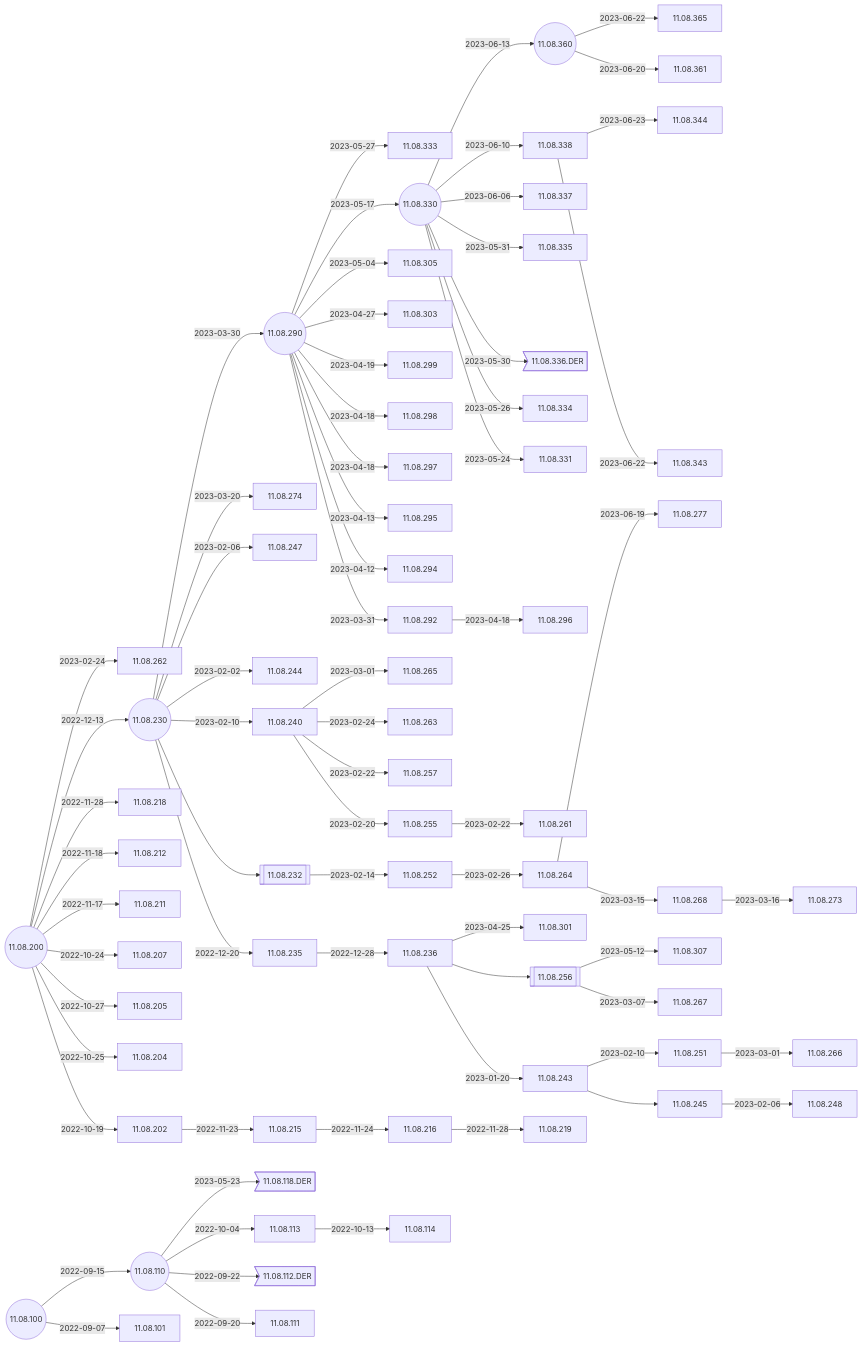
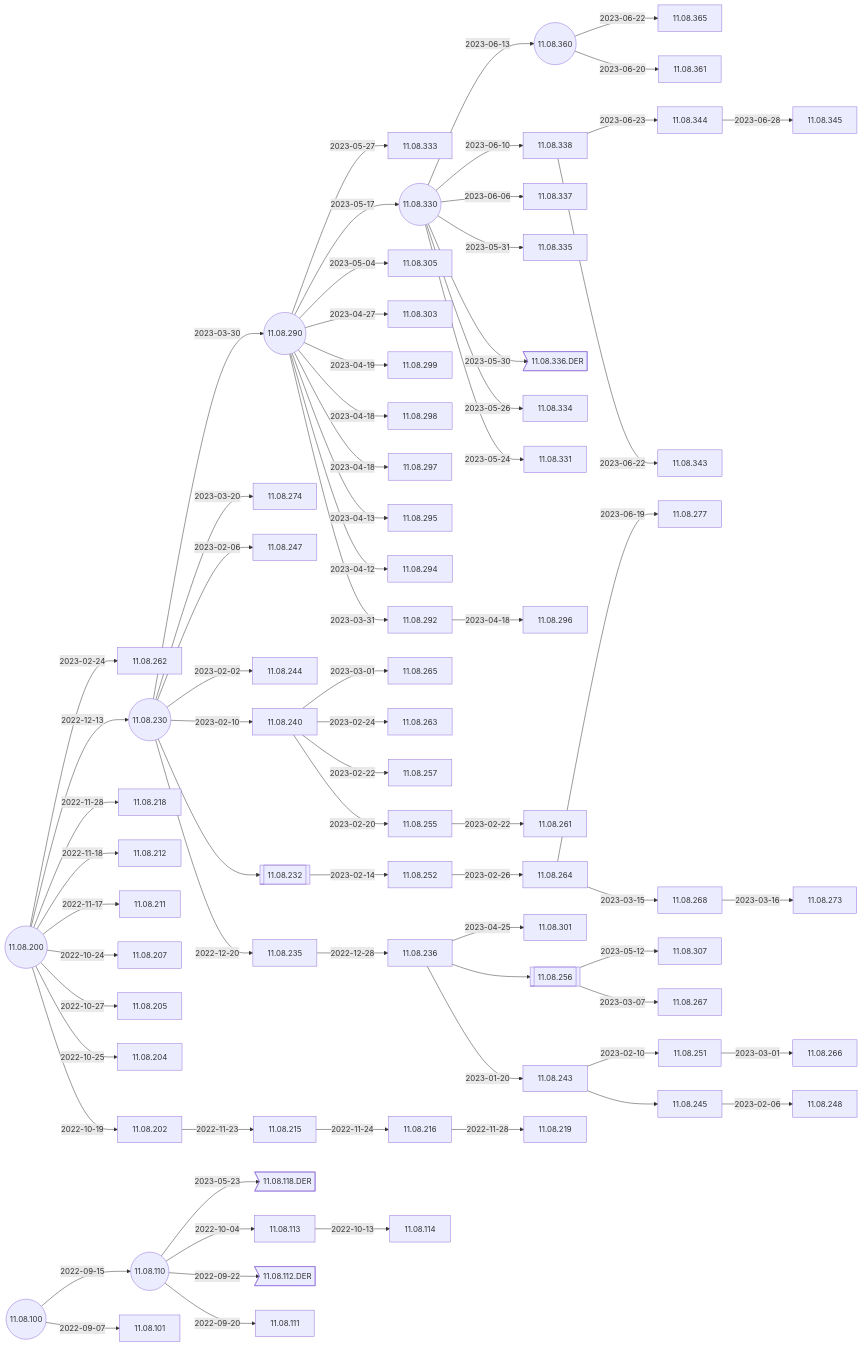
The second of 4 diagrams in docs/Docs/ReleaseNotes/01-OS11/README.md (IGEL-Community/IGEL-Docs-v02), drawn with Mermaid before and after one commit. The commit also changed 2 other files, not shown here.

Commit message:
11.08.345 < 11.08.344

````diff
--- a/docs/Docs/ReleaseNotes/01-OS11/README.md
+++ b/docs/Docs/ReleaseNotes/01-OS11/README.md
@@ -39,5 +39,6 @@
 ```mermaid
 flowchart LR
+    11.08.344-- 2023-06-28 -->11.08.345
     11.08.338-- 2023-06-23 -->11.08.344
     11.08.338-- 2023-06-22 -->11.08.343
     11.08.360-- 2023-06-22 -->11.08.365
@@ -90,6 +91,7 @@
     11.08.110((11.08.110))-- 2022-09-22 -->11.08.112.DER>11.08.112.DER]
     11.08.100-- 2022-09-15 -->11.08.110-- 2022-09-20 -->11.08.111
     11.08.100((11.08.100))-- 2022-09-07 -->11.08.101
+    click 11.08.345 "https://github.com/IGEL-Community/IGEL-Docs-v02/tree/main/docs/Docs/ReleaseNotes/01-OS11/readme11.08.345.txt" _blank
     click 11.08.344 "https://github.com/IGEL-Community/IGEL-Docs-v02/tree/main/docs/Docs/ReleaseNotes/01-OS11/readme11.08.344.txt" _blank
     click 11.08.343 "https://github.com/IGEL-Community/IGEL-Docs-v02/tree/main/docs/Docs/ReleaseNotes/01-OS11/readme11.08.343.txt" _blank
     click 11.08.365 "https://github.com/IGEL-Community/IGEL-Docs-v02/tree/main/docs/Docs/ReleaseNotes/01-OS11/readme11.08.365.txt" _blank
````
